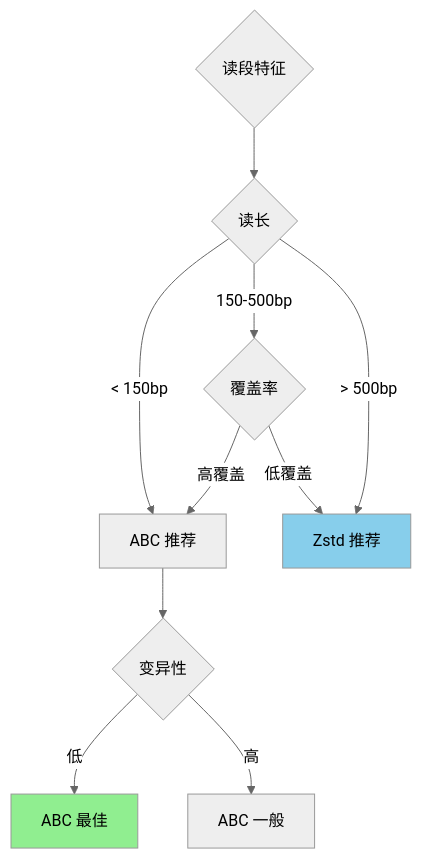
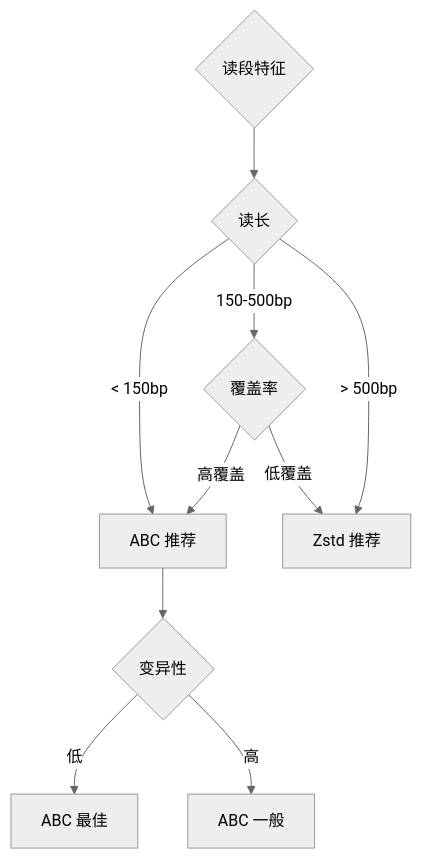
One commit to open-genomics/fq-compressor-rust changed the tenth of 10 diagrams in docs/zh/algorithms/abc-deep-dive.md. Above: the diagram before and after it, drawn with Mermaid (neutral theme). The commit also changed other lines of this file and 23 other files, not shown here.

````diff
--- a/docs/zh/algorithms/abc-deep-dive.md
+++ b/docs/zh/algorithms/abc-deep-dive.md
@@ -241,17 +238,15 @@
 ```mermaid
 flowchart TD
     A{读段特征} --> B{读长}
     B -->|< 150bp| C[ABC 推荐]
     B -->|150-500bp| D{覆盖率}
     B -->|> 500bp| E[Zstd 推荐]
     
     D -->|高覆盖| C
     D -->|低覆盖| E
     
     C --> F{变异性}
     F -->|低| G[ABC 最佳]
     F -->|高| H[ABC 一般]
     
-    style G fill:#90EE90
-    style E fill:#87CEEB
 ```
````
